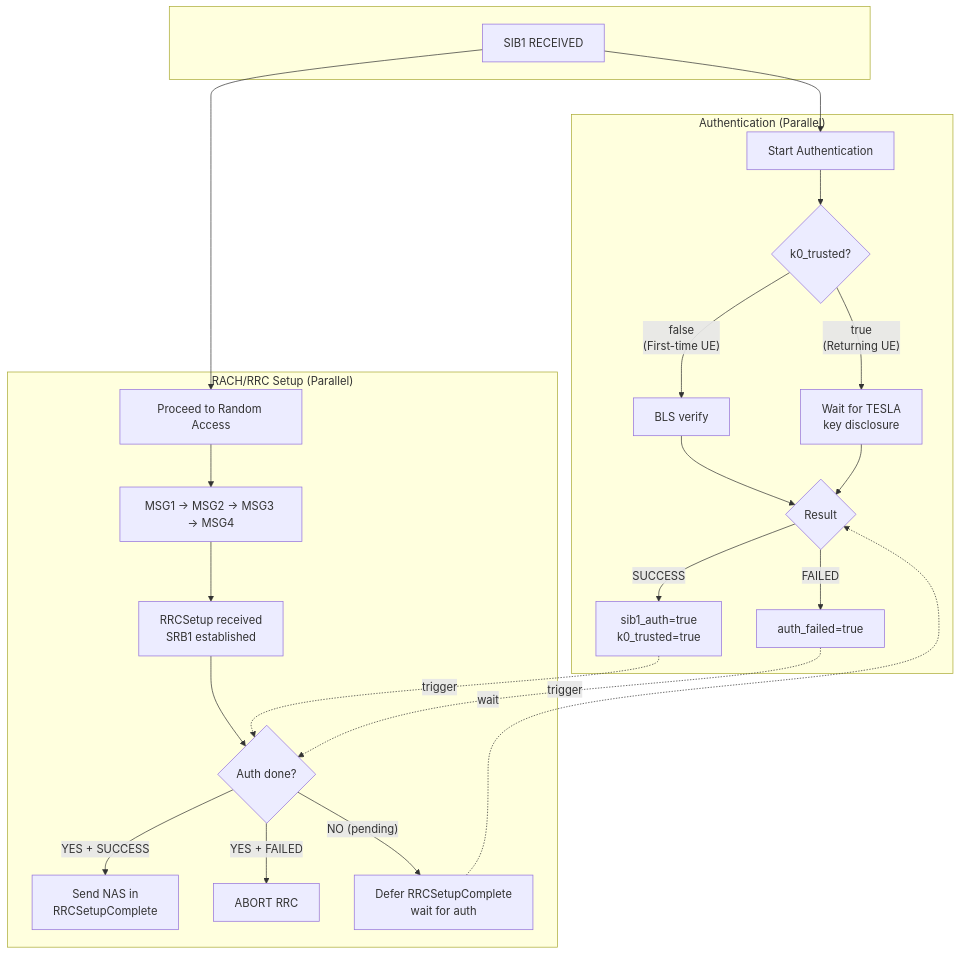
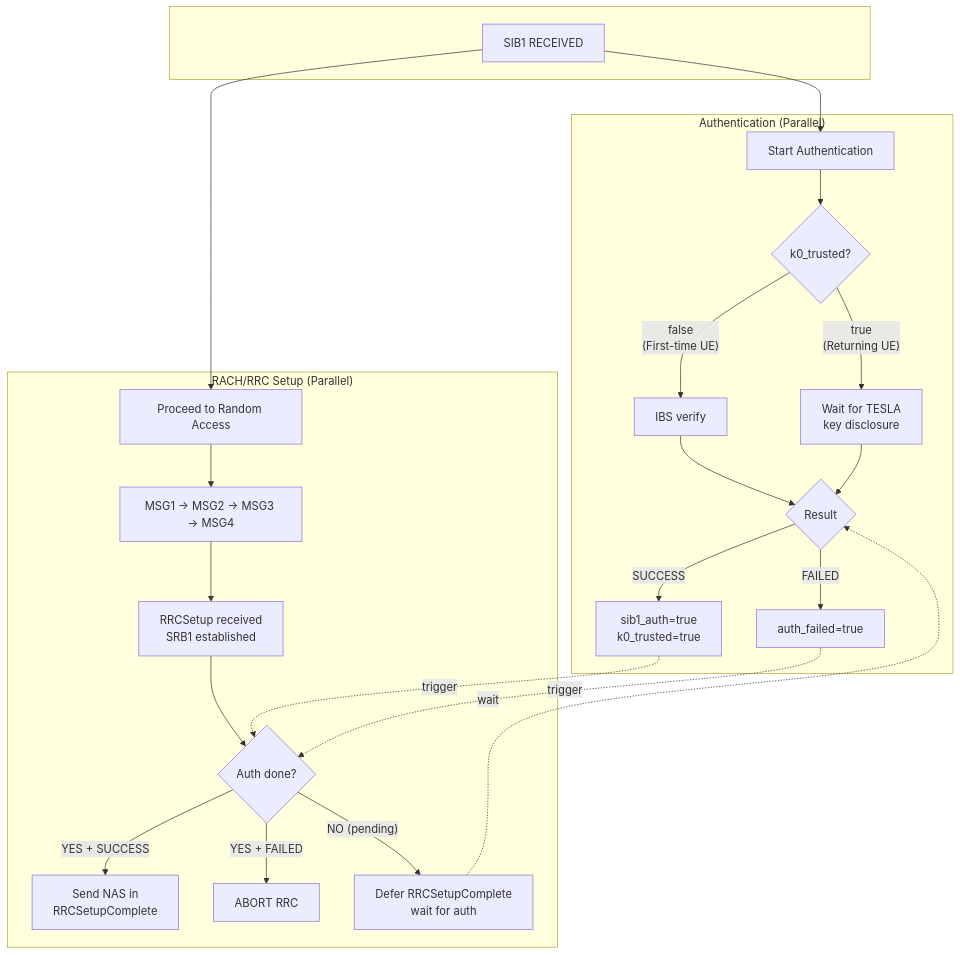
Before and after one commit to ssubinsong/oai-tf5: the diagram in doc-tf5/ue-implementation.md, drawn with Mermaid. The commit also changed other lines of this file and 11 other files, not shown here.

````diff
--- a/doc-tf5/ue-implementation.md
+++ b/doc-tf5/ue-implementation.md
@@ -71,35 +71,35 @@
 ```mermaid
 flowchart TB
     subgraph start[" "]
         SIB1["SIB1 RECEIVED"]
     end
 
     SIB1 --> AUTH
     SIB1 --> RACH
 
     subgraph left["Authentication (Parallel)"]
         AUTH["Start Authentication"]
         AUTH --> CHECK{"k0_trusted?"}
-        CHECK -->|"false<br/>(First-time UE)"| BLS["BLS verify"]
+        CHECK -->|"false<br/>(First-time UE)"| IBS["IBS verify"]
         CHECK -->|"true<br/>(Returning UE)"| TESLA["Wait for TESLA<br/>key disclosure"]
-        BLS --> RESULT
+        IBS --> RESULT
         TESLA --> RESULT
         RESULT{"Result"}
         RESULT -->|SUCCESS| SUCCESS["sib1_auth=true<br/>k0_trusted=true"]
         RESULT -->|FAILED| FAILED["auth_failed=true"]
     end
 
     subgraph right["RACH/RRC Setup (Parallel)"]
         RACH["Proceed to Random Access"]
         RACH --> MSGS["MSG1 → MSG2 → MSG3 → MSG4"]
         MSGS --> RRCSETUP["RRCSetup received<br/>SRB1 established"]
         RRCSETUP --> GATE{"Auth done?"}
         GATE -->|"YES + SUCCESS"| NAS["Send NAS in<br/>RRCSetupComplete"]
         GATE -->|"YES + FAILED"| ABORT["ABORT RRC"]
         GATE -->|"NO (pending)"| DEFER["Defer RRCSetupComplete<br/>wait for auth"]
     end
 
     SUCCESS -.->|"trigger"| GATE
     FAILED -.->|"trigger"| GATE
     DEFER -.->|"wait"| RESULT
 ```
````
